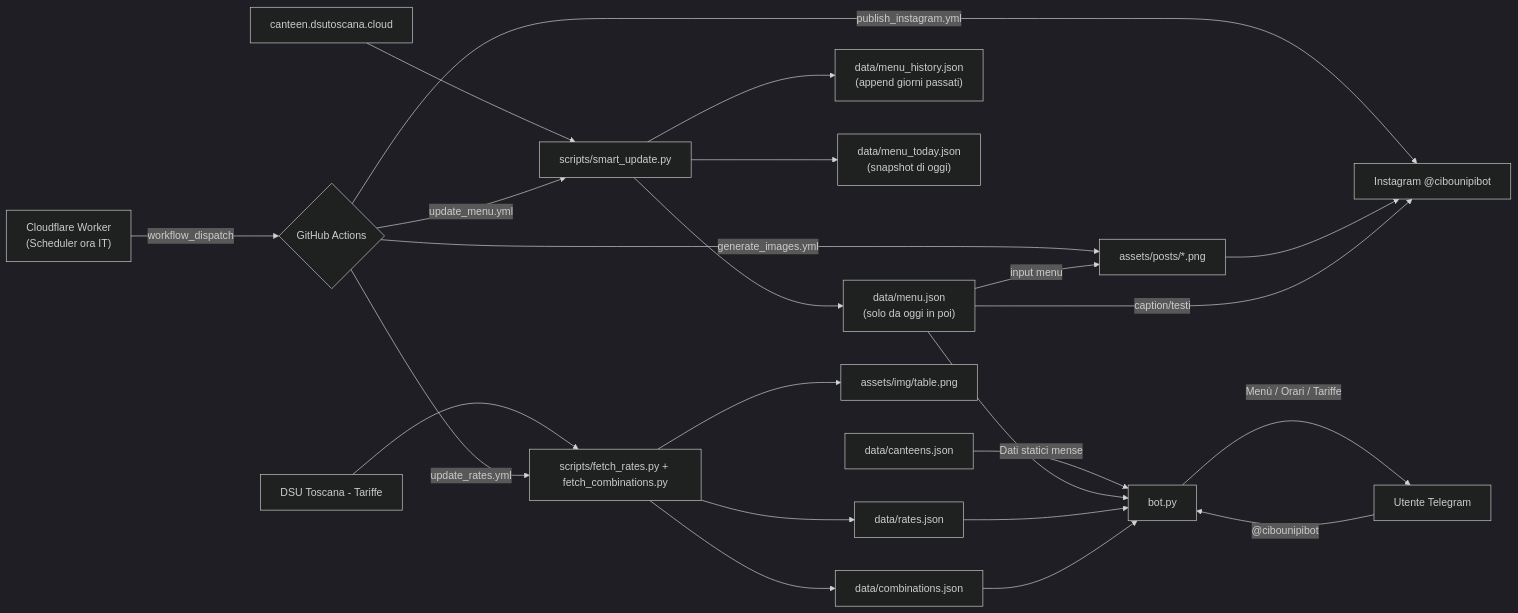
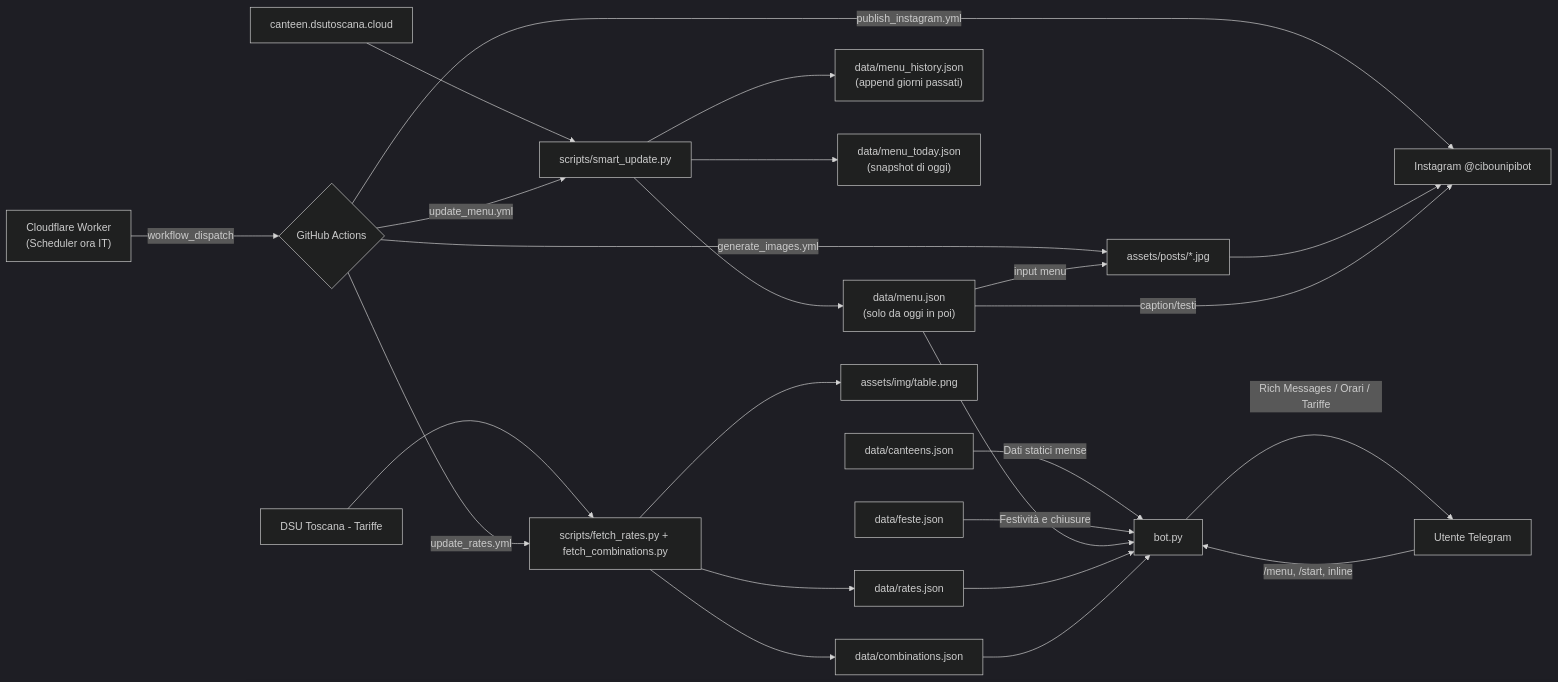
Before and after one commit to plumkewe/mense-unipi-bot: the diagram in README.md, drawn with Mermaid (dark theme). The commit also changed other lines of this file and 10 other files, not shown here.

````diff
--- a/README.md
+++ b/README.md
@@ -86,32 +93,33 @@
 ```mermaid
 graph LR
   A["canteen.dsutoscana.cloud"] --> U["scripts/smart_update.py"]
   C["DSU Toscana - Tariffe"] --> R["scripts/fetch_rates.py + fetch_combinations.py"]
 
   G["Cloudflare Worker<br>(Scheduler ora IT)"] -->|workflow_dispatch| H{"GitHub Actions"}
 
   H -->|update_menu.yml| U
   U --> B["data/menu.json<br>(solo da oggi in poi)"]
   U --> BH["data/menu_history.json<br>(append giorni passati)"]
   U --> BT["data/menu_today.json<br>(snapshot di oggi)"]
 
   H -->|update_rates.yml| R
   R --> D["data/rates.json"]
   R --> K["data/combinations.json"]
   R --> T["assets/img/table.png"]
 
-  H -->|generate_images.yml| I["assets/posts/*.png"]
+  H -->|generate_images.yml| I["assets/posts/*.jpg"]
   B -->|input menu| I
 
   H -->|publish_instagram.yml| J["Instagram @cibounipibot"]
   I --> J
   B -->|caption/testi| J
 
   E["data/canteens.json"] -->|Dati statici mense| F["bot.py"]
+  FE["data/feste.json"] -->|Festività e chiusure| F
   B --> F
   D --> F
   K --> F
 
-  F -->|"Menù / Orari / Tariffe"| L["Utente Telegram"]
-  L -->|"@cibounipibot"| F
+  F -->|"Rich Messages / Orari / Tariffe"| L["Utente Telegram"]
+  L -->|"/menu, /start, inline"| F
 ```
````
